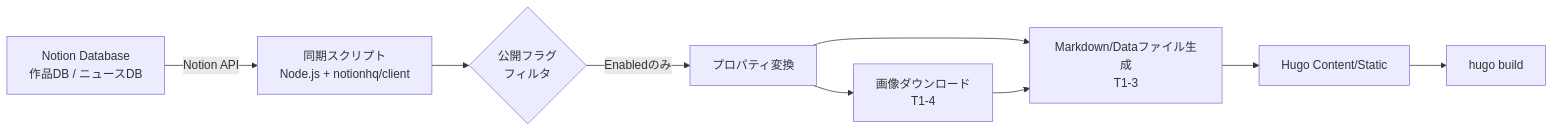
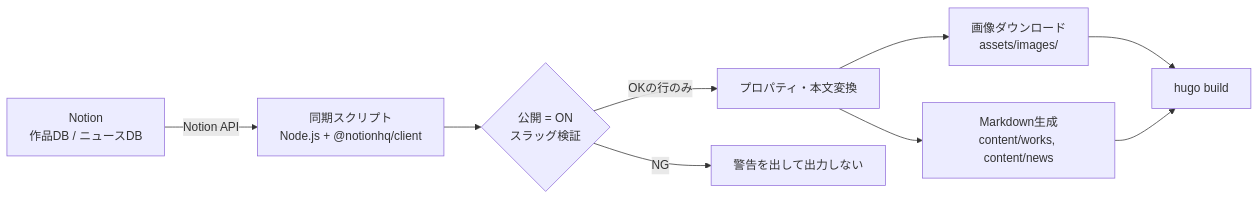
The diagram in document/設計書_Notionデータ連携.md (asnomi/ReFactory), drawn with Mermaid before and after one commit. The commit also changed other lines of this file, not shown here.

````diff
--- a/document/設計書_Notionデータ連携.md
+++ b/document/設計書_Notionデータ連携.md
@@ -12,11 +15,11 @@
 ```mermaid
 flowchart LR
-    A[Notion Database<br/>作品DB / ニュースDB] -->|Notion API| B[同期スクリプト<br/>Node.js + notionhq/client]
-    B --> C{公開フラグ<br/>フィルタ}
-    C -->|Enabledのみ| D[プロパティ変換]
-    D --> E[画像ダウンロード<br/>T1-4]
-    D --> F[Markdown/Dataファイル生成<br/>T1-3]
-    E --> F
-    F --> G[Hugo Content/Static]
-    G --> H[hugo build]
+    A[Notion<br/>作品DB / ニュースDB] -->|Notion API| B[同期スクリプト<br/>Node.js + @notionhq/client]
+    B --> C{公開 = ON<br/>スラッグ検証}
+    C -->|OKの行のみ| D[プロパティ・本文変換]
+    C -->|NG| W[警告を出して出力しない]
+    D --> E[画像ダウンロード<br/>assets/images/]
+    D --> F[Markdown生成<br/>content/works, content/news]
+    E --> G[hugo build]
+    F --> G
 ```
````
